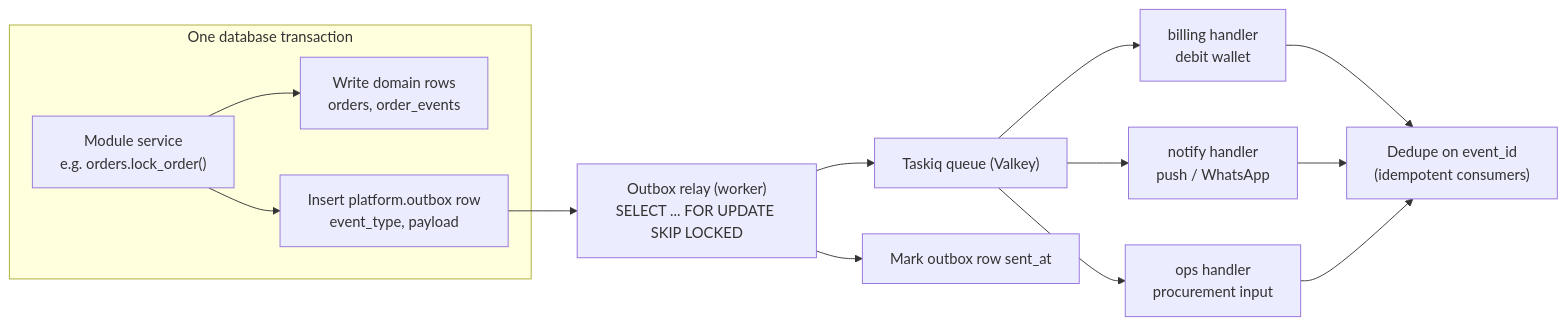
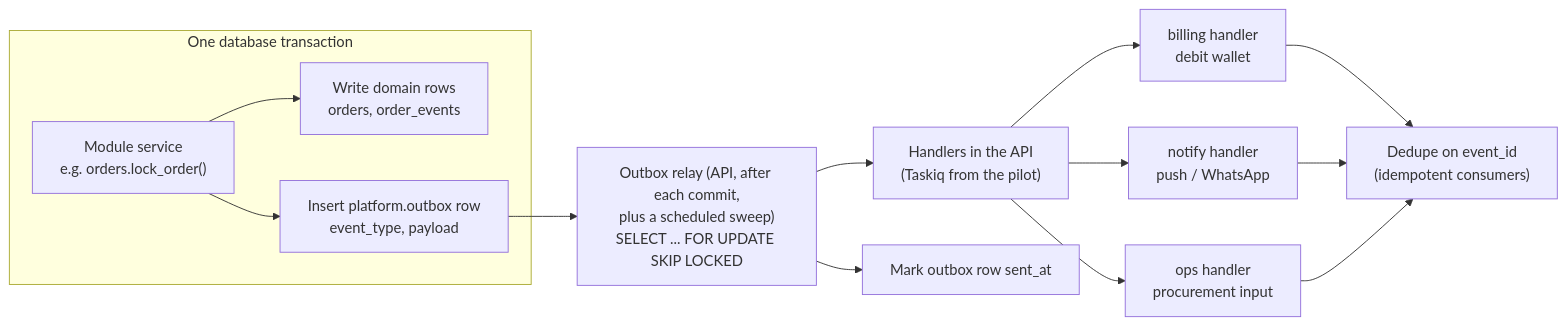
Before and after one commit to prelekar7/GharBasket: the second of 3 diagrams in docs/handbook/10-api-and-integration.md, drawn with Mermaid. The commit also changed other lines of this file and 58 other files, not shown here.

````diff
--- a/docs/handbook/10-api-and-integration.md
+++ b/docs/handbook/10-api-and-integration.md
@@ -77,16 +86,16 @@
 ```mermaid
 flowchart LR
     subgraph TX["One database transaction"]
         SVC["Module service<br/>e.g. orders.lock_order()"] --> W1["Write domain rows<br/>orders, order_events"]
         SVC --> W2["Insert platform.outbox row<br/>event_type, payload"]
     end
-    W2 --> RL["Outbox relay (worker)<br/>SELECT ... FOR UPDATE SKIP LOCKED"]
-    RL --> TQ["Taskiq queue (Valkey)"]
+    W2 --> RL["Outbox relay (API, after each commit,<br/>plus a scheduled sweep)<br/>SELECT ... FOR UPDATE SKIP LOCKED"]
+    RL --> TQ["Handlers in the API<br/>(Taskiq from the pilot)"]
     TQ --> H1["billing handler<br/>debit wallet"]
     TQ --> H2["notify handler<br/>push / WhatsApp"]
     TQ --> H3["ops handler<br/>procurement input"]
     H1 --> DD["Dedupe on event_id<br/>(idempotent consumers)"]
     H2 --> DD
     H3 --> DD
     RL --> MK["Mark outbox row sent_at"]
 ```
````
